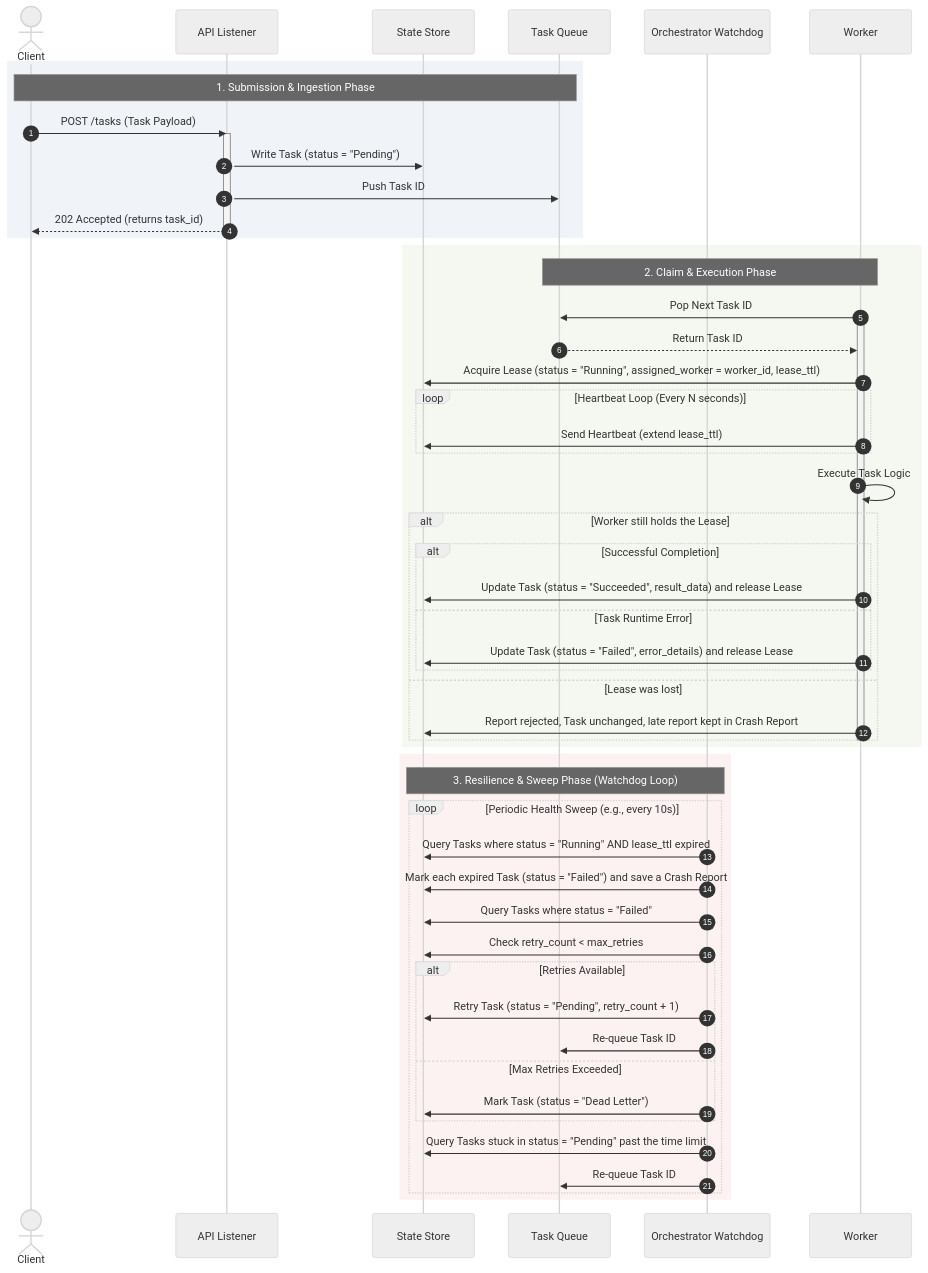
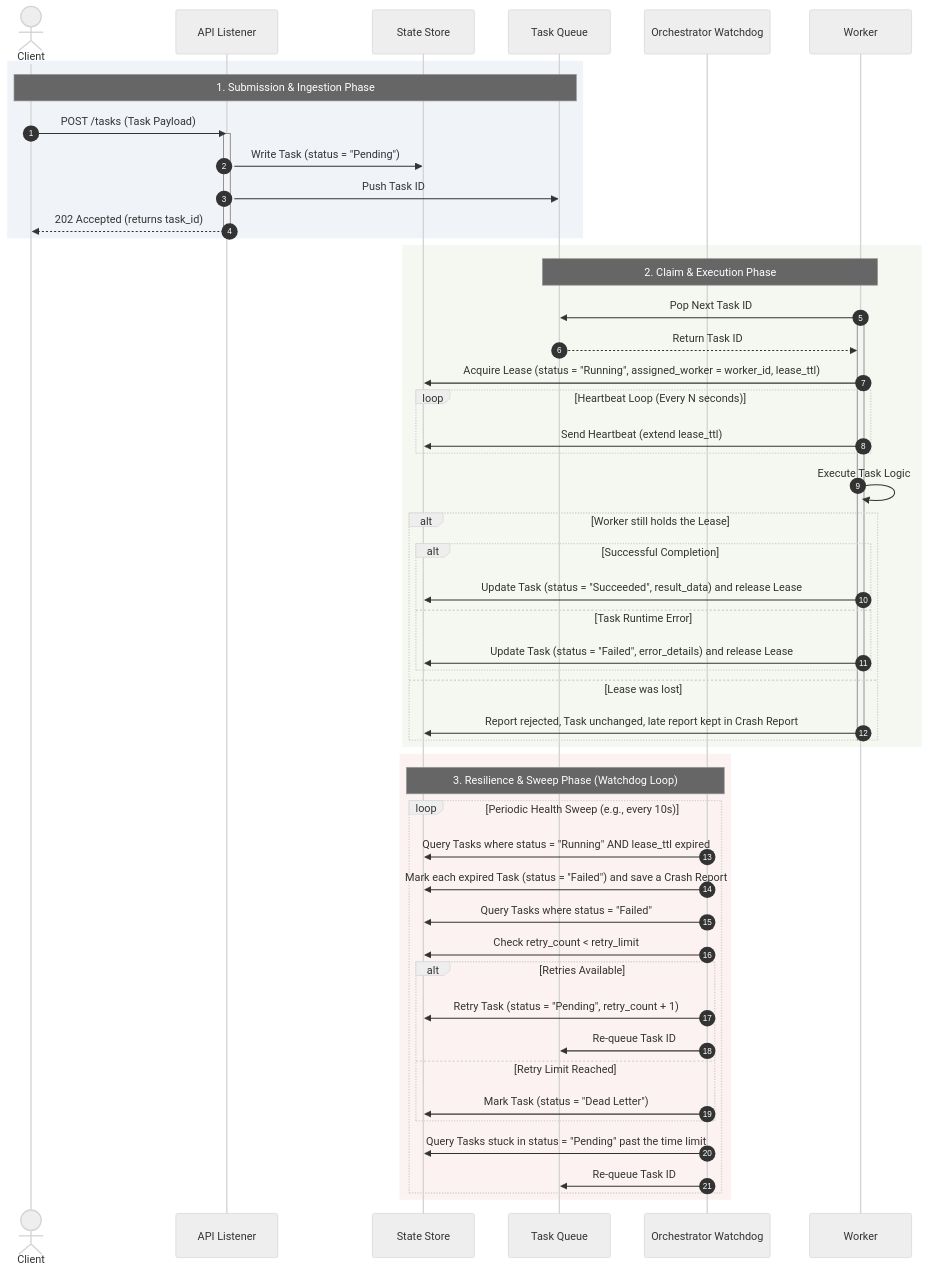
Before and after one commit to juliansiebold/distributed-task-executor: the diagram in README.md, drawn with Mermaid (neutral theme). The commit also changed 6 other files, not shown here.

````diff
--- a/README.md
+++ b/README.md
@@ -29,68 +29,68 @@
 ```Mermaid
 sequenceDiagram
     autonumber
     actor Client
     participant Listener as API Listener
     participant DB as State Store
     participant Queue as Task Queue
     participant Orch as Orchestrator Watchdog
     participant Worker
 
     %% Task Submission Phase
     rect rgb(240, 244, 248)
     note over Client, Queue: 1. Submission & Ingestion Phase
     Client->>Listener: POST /tasks (Task Payload)
     activate Listener
     Listener->>DB: Write Task (status = "Pending")
     Listener->>Queue: Push Task ID
     Listener-->>Client: 202 Accepted (returns task_id)
     deactivate Listener
     end
 
     %% Dispatch & Execution Phase
     rect rgb(245, 248, 240)
     note over Queue, Worker: 2. Claim & Execution Phase
     Worker->>Queue: Pop Next Task ID
     activate Worker
     Queue-->>Worker: Return Task ID
     Worker->>DB: Acquire Lease (status = "Running", assigned_worker = worker_id, lease_ttl)
     
     loop Heartbeat Loop (Every N seconds)
         Worker->>DB: Send Heartbeat (extend lease_ttl)
     end
 
     Worker->>Worker: Execute Task Logic
     
     alt Worker still holds the Lease
         alt Successful Completion
             Worker->>DB: Update Task (status = "Succeeded", result_data) and release Lease
         else Task Runtime Error
             Worker->>DB: Update Task (status = "Failed", error_details) and release Lease
         end
     else Lease was lost
         Worker->>DB: Report rejected, Task unchanged, late report kept in Crash Report
     end
     deactivate Worker
     end
 
     %% Fault Recovery / Timeout Sweep
     rect rgb(253, 242, 242)
     note over Orch, DB: 3. Resilience & Sweep Phase (Watchdog Loop)
     loop Periodic Health Sweep (e.g., every 10s)
         Orch->>DB: Query Tasks where status = "Running" AND lease_ttl expired
         Orch->>DB: Mark each expired Task (status = "Failed") and save a Crash Report
 
         Orch->>DB: Query Tasks where status = "Failed"
-        Orch->>DB: Check retry_count < max_retries
+        Orch->>DB: Check retry_count < retry_limit
         alt Retries Available
             Orch->>DB: Retry Task (status = "Pending", retry_count + 1)
             Orch->>Queue: Re-queue Task ID
-        else Max Retries Exceeded
+        else Retry Limit Reached
             Orch->>DB: Mark Task (status = "Dead Letter")
         end
 
         Orch->>DB: Query Tasks stuck in status = "Pending" past the time limit
         Orch->>Queue: Re-queue Task ID
     end
     end
 ```
````
